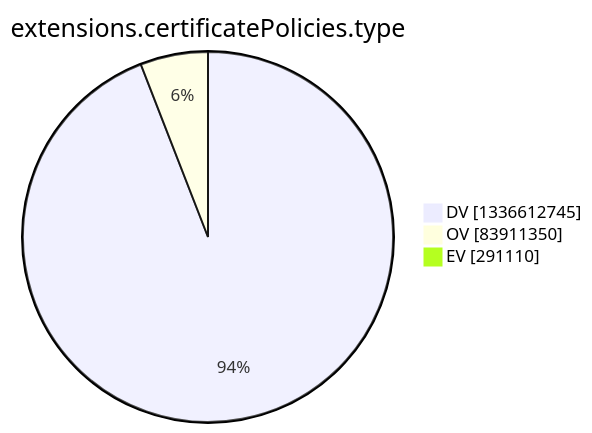
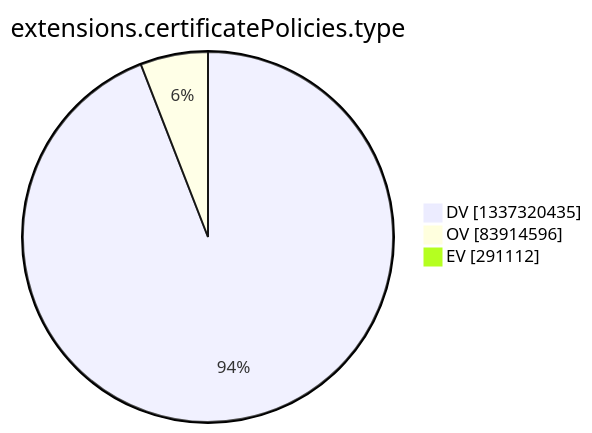
The tenth of 15 diagrams in argon2022/README.md (christiankrug/ctmonitor_visualization), drawn with Mermaid before and after one commit. The commit also changed other lines of this file, not shown here.

````diff
--- a/argon2022/README.md
+++ b/argon2022/README.md
@@ -2773,7 +2773,7 @@
 ```mermaid
 pie showData
 title extensions.certificatePolicies.type
-"DV" :1336612745
-"OV" :83911350
-"EV" :291110
+"DV" :1337320435
+"OV" :83914596
+"EV" :291112
 ```
````
